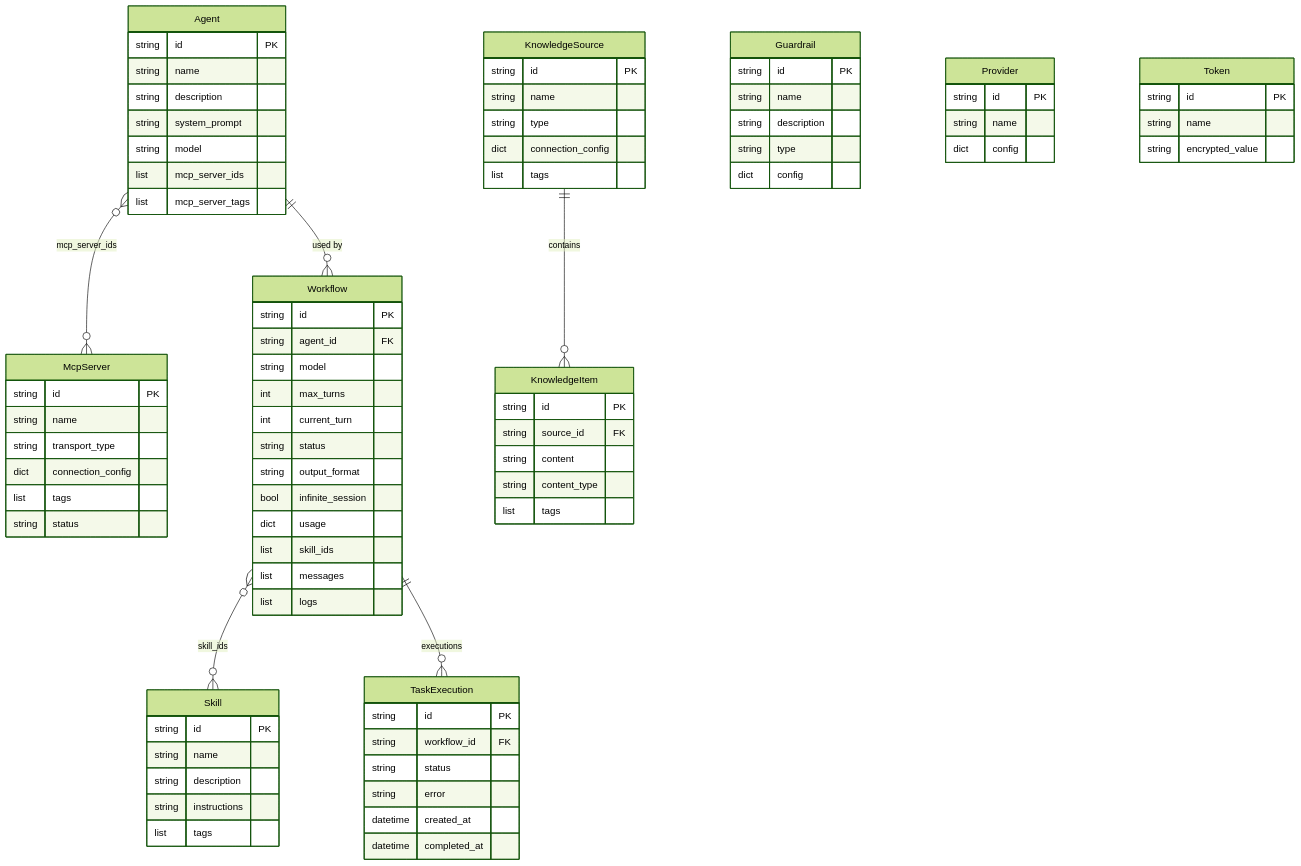
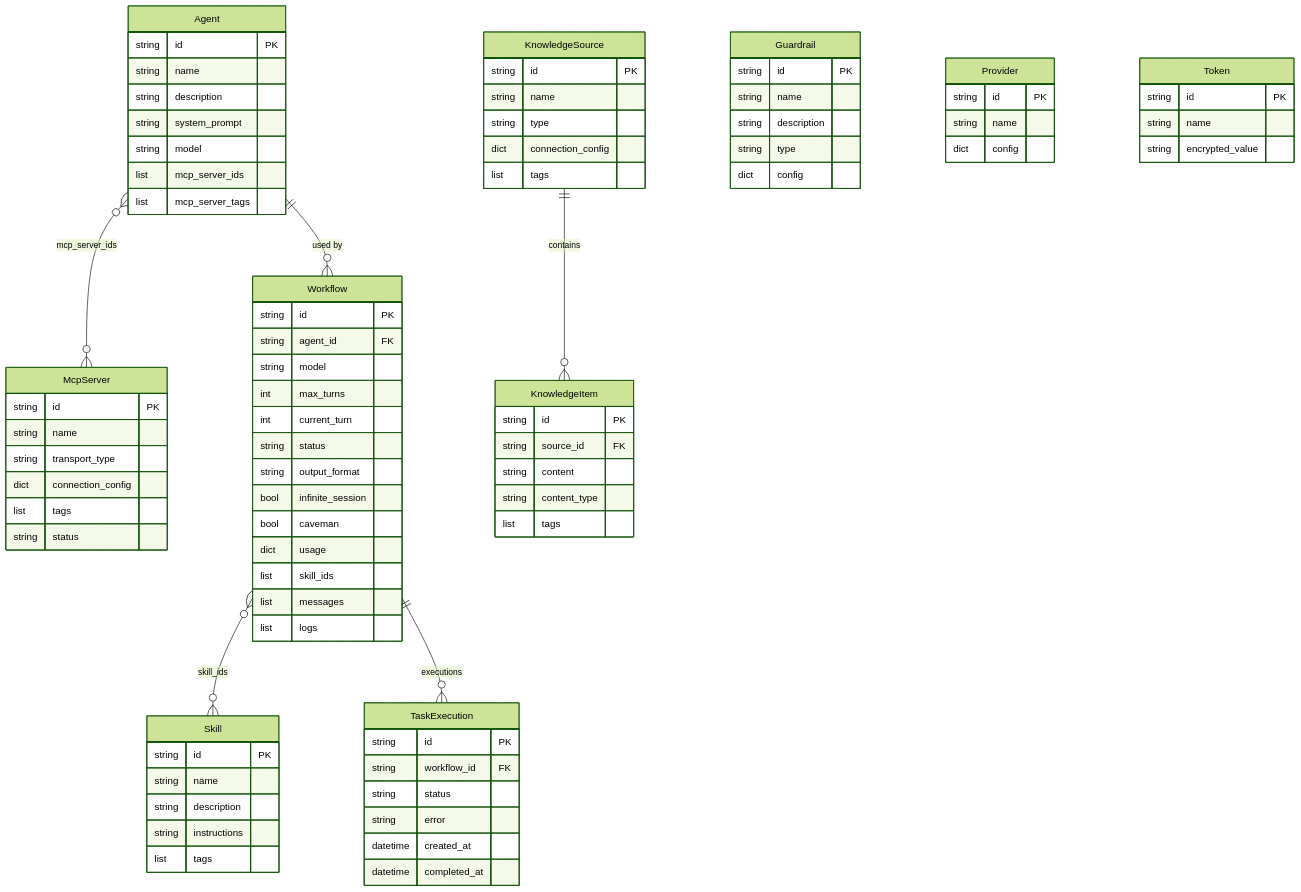
The diagram in docs/architecture/data-model.md (naaico-tech/tbd-agents), drawn with Mermaid (forest theme) before and after one commit. The commit also changed other lines of this file and 12 other files, not shown here.

```diff
--- a/docs/architecture/data-model.md
+++ b/docs/architecture/data-model.md
@@ -44,6 +44,7 @@
         string status
         string output_format
         bool infinite_session
+        bool caveman
         dict usage
         list skill_ids
         list messages
```
